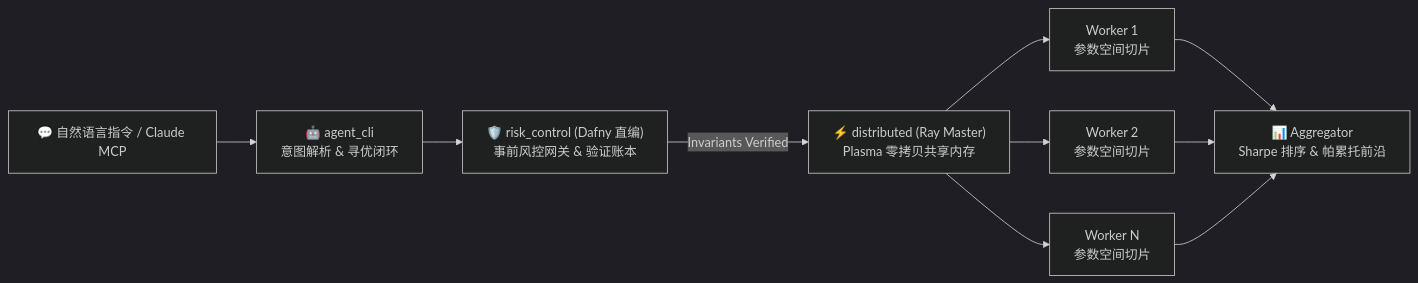
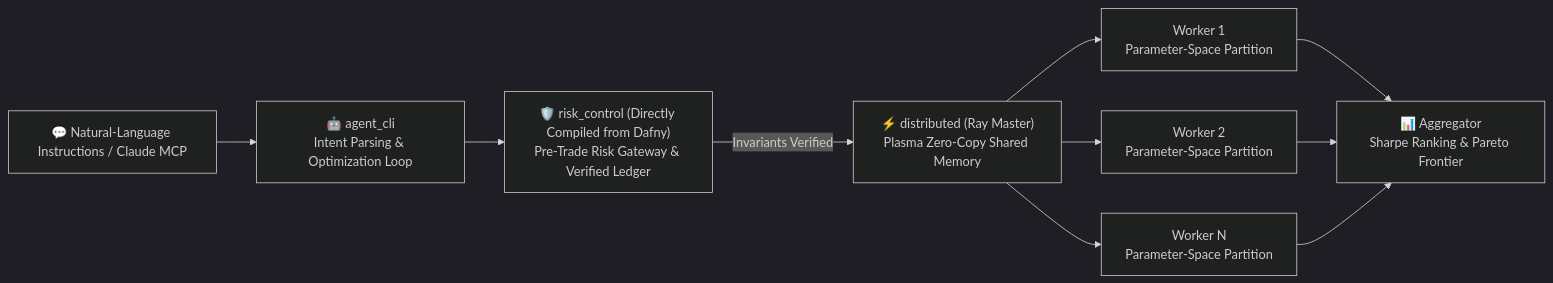
One commit to MichaelLui7/veriquant changed the diagram in README.md. Above: the diagram before and after it, drawn with Mermaid (dark theme). The commit also changed other lines of this file, not shown here.

````diff
--- a/README.md
+++ b/README.md
@@ -13,10 +14,10 @@
 ```mermaid
 graph LR
-    User["💬 自然语言指令 / Claude MCP"] --> CLI["🤖 agent_cli<br/>意图解析 & 寻优闭环"]
-    CLI --> Gate["🛡️ risk_control (Dafny 直编)<br/>事前风控网关 & 验证账本"]
-    Gate -->|"Invariants Verified"| Master["⚡ distributed (Ray Master)<br/>Plasma 零拷贝共享内存"]
-    Master --> W1["Worker 1<br/>参数空间切片"]
-    Master --> W2["Worker 2<br/>参数空间切片"]
-    Master --> WN["Worker N<br/>参数空间切片"]
-    W1 & W2 & WN --> Agg["📊 Aggregator<br/>Sharpe 排序 & 帕累托前沿"]
+    User["💬 Natural-Language Instructions / Claude MCP"] --> CLI["🤖 agent_cli<br/>Intent Parsing & Optimization Loop"]
+    CLI --> Gate["🛡️ risk_control (Directly Compiled from Dafny)<br/>Pre-Trade Risk Gateway & Verified Ledger"]
+    Gate -->|"Invariants Verified"| Master["⚡ distributed (Ray Master)<br/>Plasma Zero-Copy Shared Memory"]
+    Master --> W1["Worker 1<br/>Parameter-Space Partition"]
+    Master --> W2["Worker 2<br/>Parameter-Space Partition"]
+    Master --> WN["Worker N<br/>Parameter-Space Partition"]
+    W1 & W2 & WN --> Agg["📊 Aggregator<br/>Sharpe Ranking & Pareto Frontier"]
 ```
````
